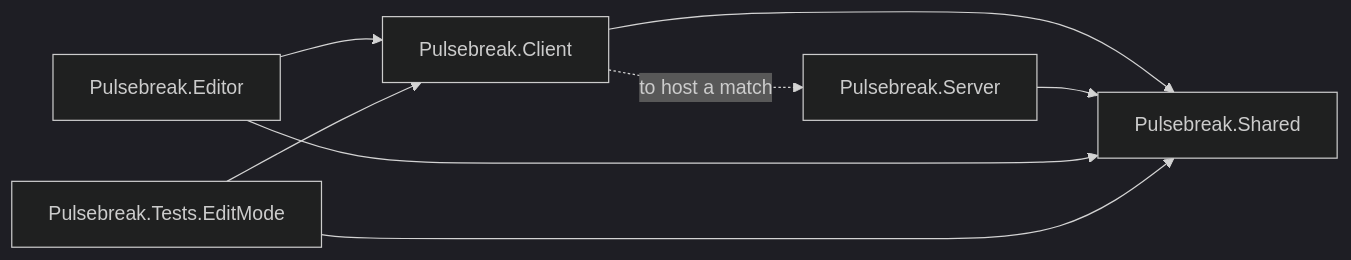
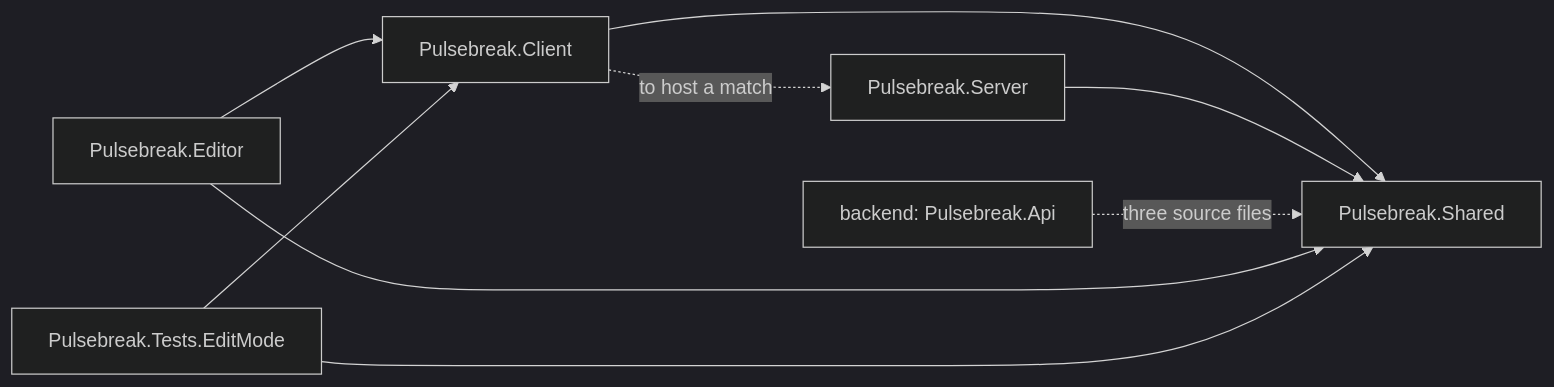
The first of 6 diagrams in pulsebreak/docs/ARCHITECTURE.md (aidenobrad-ctrl/Claude), drawn with Mermaid (dark theme) before and after one commit. The commit also changed other lines of this file and 2 other files, not shown here.

First line of the commit message:
Document accounts: backend setup, signing in, sync, and servers that need tickets

````diff
--- a/pulsebreak/docs/ARCHITECTURE.md
+++ b/pulsebreak/docs/ARCHITECTURE.md
@@ -106,10 +121,11 @@
 ```mermaid
 flowchart LR
     Client[Pulsebreak.Client] --> Shared[Pulsebreak.Shared]
     Server[Pulsebreak.Server] --> Shared
     Client -. "to host a match" .-> Server
+    Api[backend: Pulsebreak.Api] -. "three source files" .-> Shared
     Editor[Pulsebreak.Editor] --> Client
     Editor --> Shared
     Tests[Pulsebreak.Tests.EditMode] --> Shared
     Tests --> Client
 ```
````
